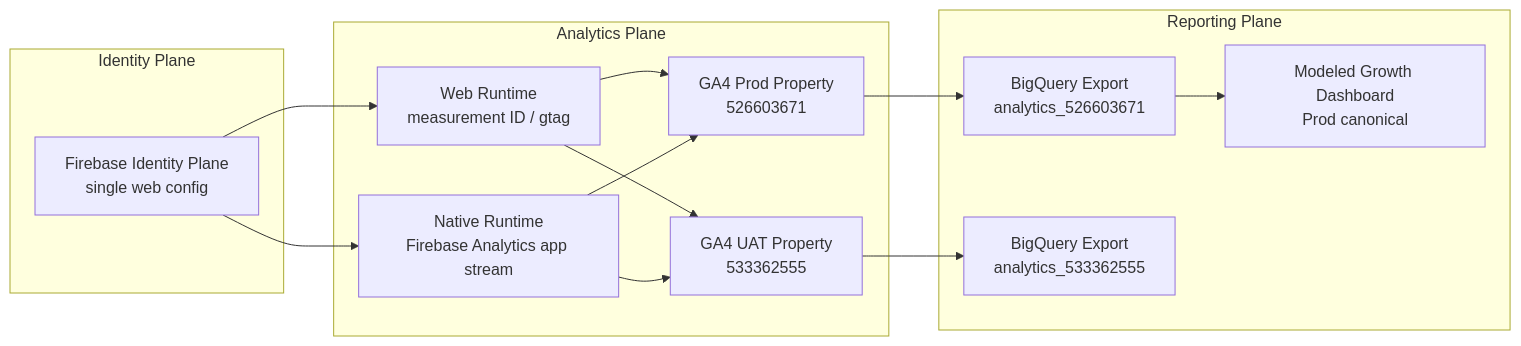
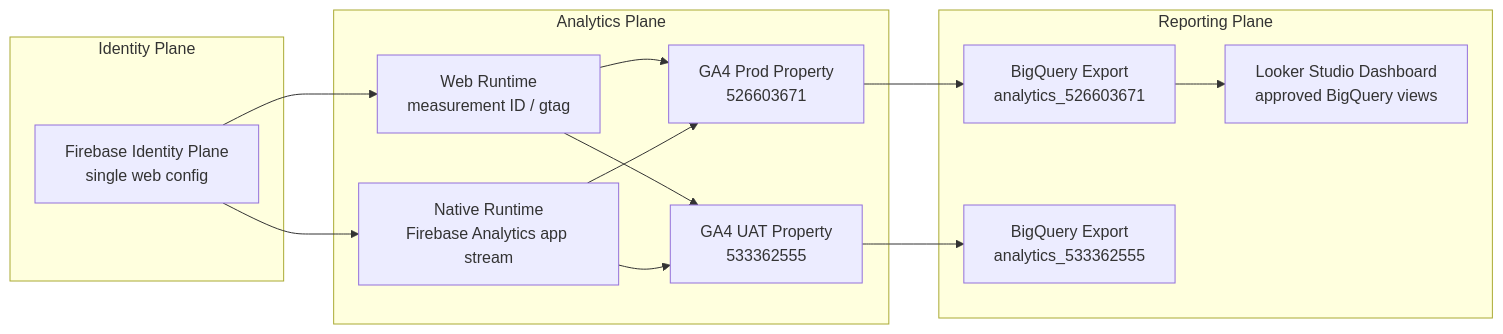
The first of 4 diagrams in docs/reference/operations/observability-architecture-map.md (hushh-labs/hushh-research), drawn with Mermaid before and after one commit. The commit also changed other lines of this file and 65 other files, not shown here.

````diff
--- a/docs/reference/operations/observability-architecture-map.md
+++ b/docs/reference/operations/observability-architecture-map.md
@@ -5,29 +5,29 @@
 ```mermaid
 flowchart LR
   subgraph identity["Identity Plane"]
     auth["Firebase Identity Plane<br/>single web config"]
   end
 
   subgraph analytics["Analytics Plane"]
     web["Web Runtime<br/>measurement ID / gtag"]
     native["Native Runtime<br/>Firebase Analytics app stream"]
     prodga["GA4 Prod Property<br/>526603671"]
     uatga["GA4 UAT Property<br/>533362555"]
   end
 
   subgraph reporting["Reporting Plane"]
     bqprod["BigQuery Export<br/>analytics_526603671"]
     bquat["BigQuery Export<br/>analytics_533362555"]
-    dashboard["Modeled Growth Dashboard<br/>Prod canonical"]
+    dashboard["Looker Studio Dashboard<br/>approved BigQuery views"]
   end
 
   auth --> web
   auth --> native
   web --> prodga
   web --> uatga
   native --> prodga
   native --> uatga
   prodga --> bqprod
   uatga --> bquat
   bqprod --> dashboard
 ```
````
